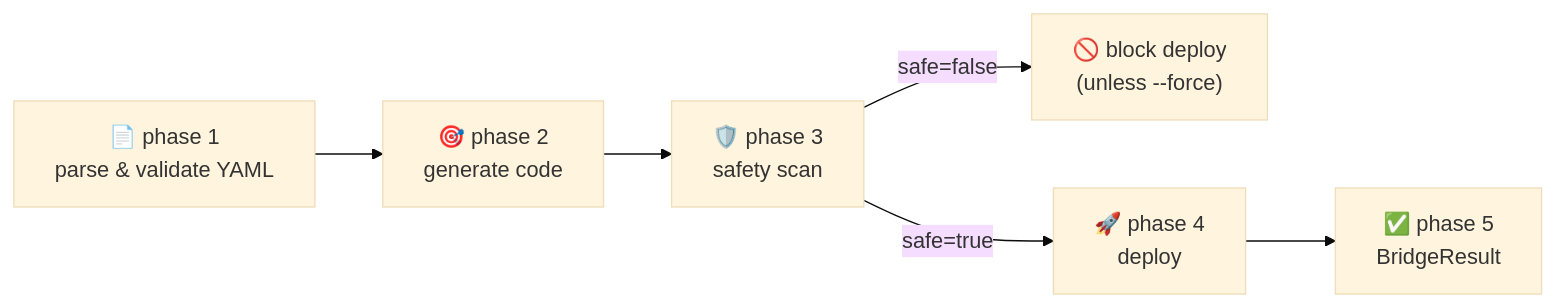
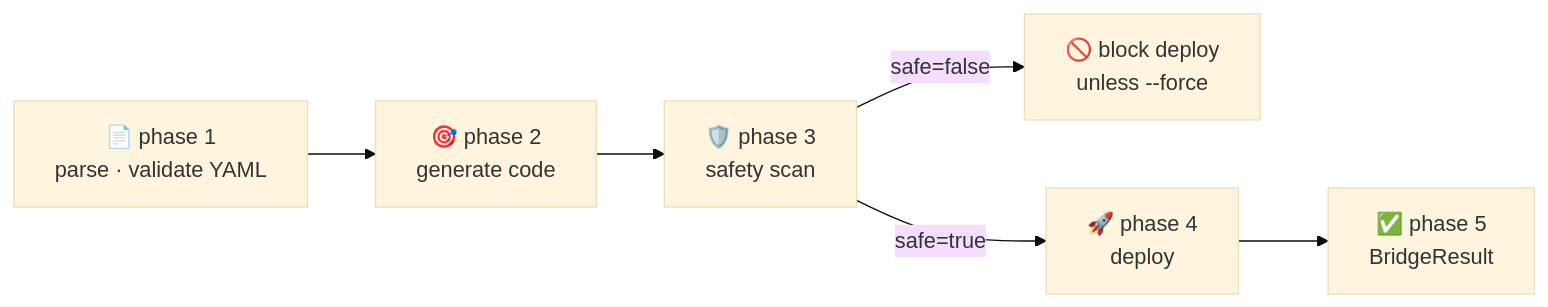
One commit to AgentMindCloud/grok-build-bridge changed the diagram in README.md. Above: the diagram before and after it, drawn with Mermaid (base theme). The commit also changed other lines of this file, not shown here.

````diff
--- a/README.md
+++ b/README.md
@@ -98,8 +125,8 @@
 ```mermaid
 flowchart LR
-    A["📄 phase 1<br/>parse &amp; validate YAML"] --> B["🎯 phase 2<br/>generate code"]
+    A["📄 phase 1<br/>parse · validate YAML"] --> B["🎯 phase 2<br/>generate code"]
     B --> C["🛡️ phase 3<br/>safety scan"]
-    C -->|safe=false| X["🚫 block deploy<br/>(unless --force)"]
+    C -->|safe=false| X["🚫 block deploy<br/>unless --force"]
     C -->|safe=true| D["🚀 phase 4<br/>deploy"]
     D --> E["✅ phase 5<br/>BridgeResult"]
 ```
````
